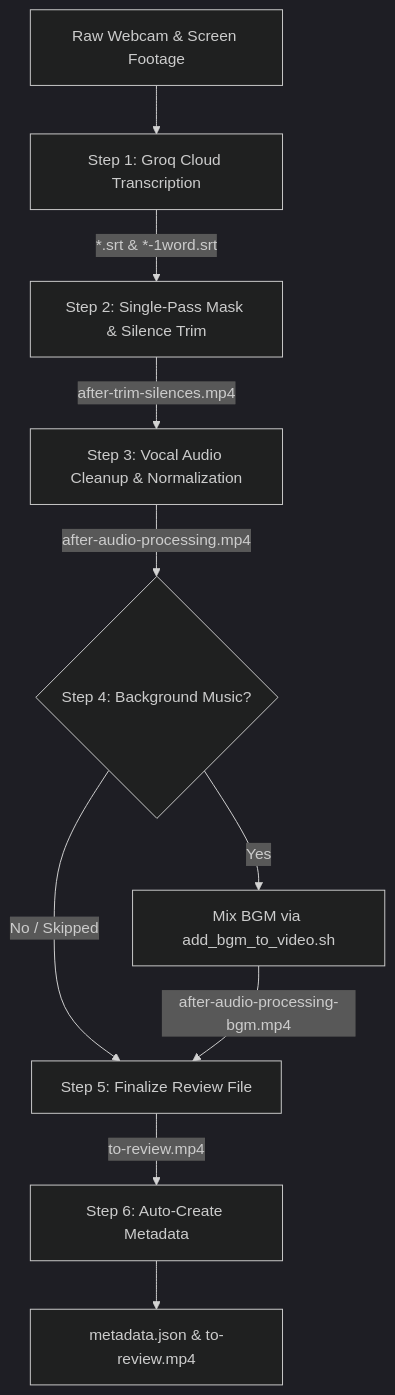
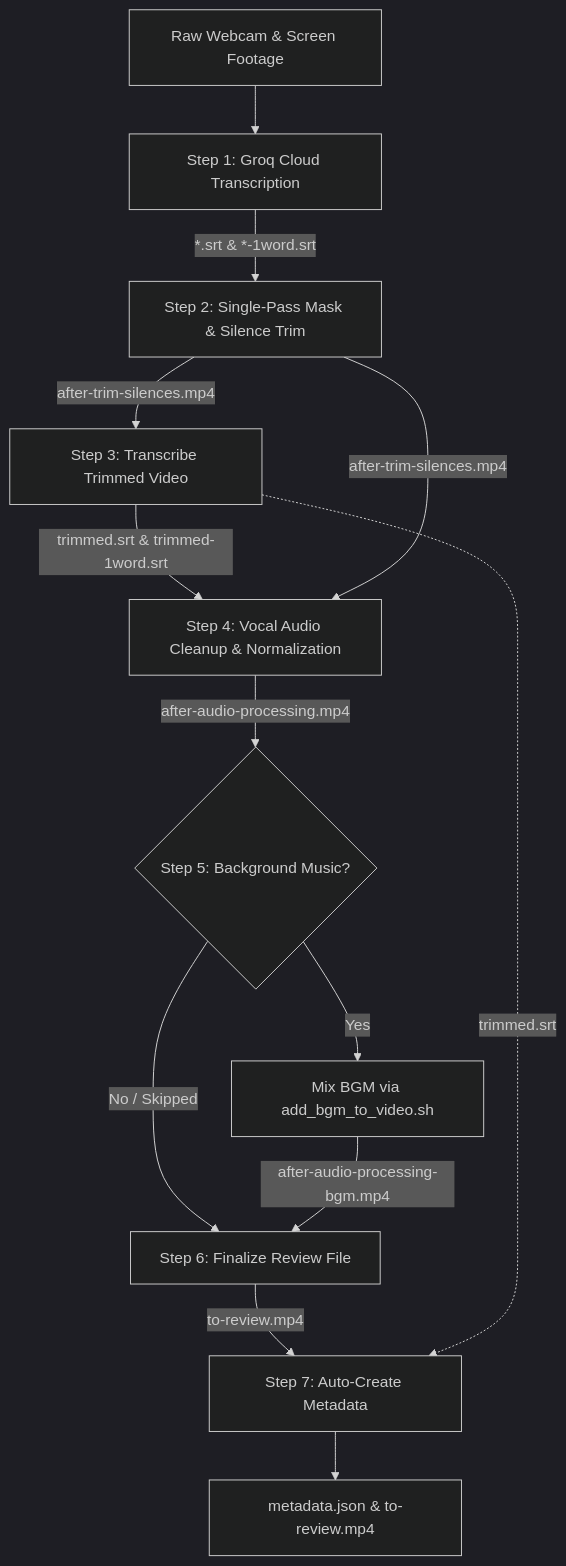
The second of 2 diagrams in docs/pipelines.md (hassanaziz0012/phantom-editor), drawn with Mermaid (dark theme) before and after one commit. The commit also changed other lines of this file and 4 other files, not shown here.

Commit message:
Add trimmed video transcription step to processing pipeline

````diff
--- a/docs/pipelines.md
+++ b/docs/pipelines.md
@@ -135,12 +135,15 @@
 ```mermaid
 flowchart TD
     Raw[Raw Webcam & Screen Footage] --> Step1[Step 1: Groq Cloud Transcription]
     Step1 -->|*.srt & *-1word.srt| Step2[Step 2: Single-Pass Mask & Silence Trim]
-    Step2 -->|after-trim-silences.mp4| Step3[Step 3: Vocal Audio Cleanup & Normalization]
-    Step3 -->|after-audio-processing.mp4| Step4{Step 4: Background Music?}
-    Step4 -->|Yes| Step4Run[Mix BGM via add_bgm_to_video.sh]
-    Step4 -->|No / Skipped| Step5[Step 5: Finalize Review File]
-    Step4Run -->|after-audio-processing-bgm.mp4| Step5
-    Step5 -->|to-review.mp4| Step6[Step 6: Auto-Create Metadata]
-    Step6 --> Output[metadata.json & to-review.mp4]
+    Step2 -->|after-trim-silences.mp4| Step3[Step 3: Transcribe Trimmed Video]
+    Step3 -->|trimmed.srt & trimmed-1word.srt| Step4[Step 4: Vocal Audio Cleanup & Normalization]
+    Step2 -->|after-trim-silences.mp4| Step4
+    Step4 -->|after-audio-processing.mp4| Step5{Step 5: Background Music?}
+    Step5 -->|Yes| Step5Run[Mix BGM via add_bgm_to_video.sh]
+    Step5 -->|No / Skipped| Step6[Step 6: Finalize Review File]
+    Step5Run -->|after-audio-processing-bgm.mp4| Step6
+    Step6 -->|to-review.mp4| Step7[Step 7: Auto-Create Metadata]
+    Step3 -.->|trimmed.srt| Step7
+    Step7 --> Output[metadata.json & to-review.mp4]
 ```
````
